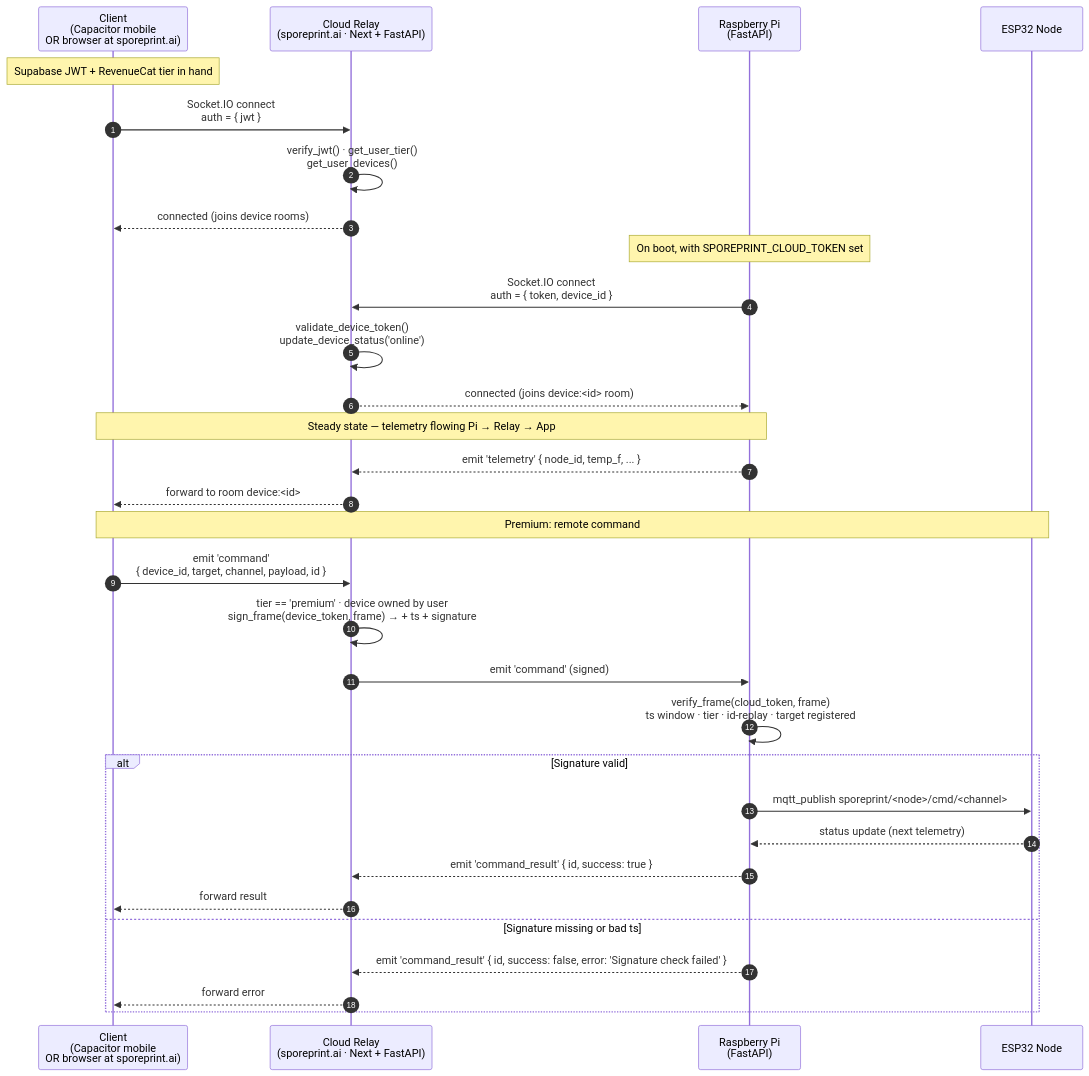
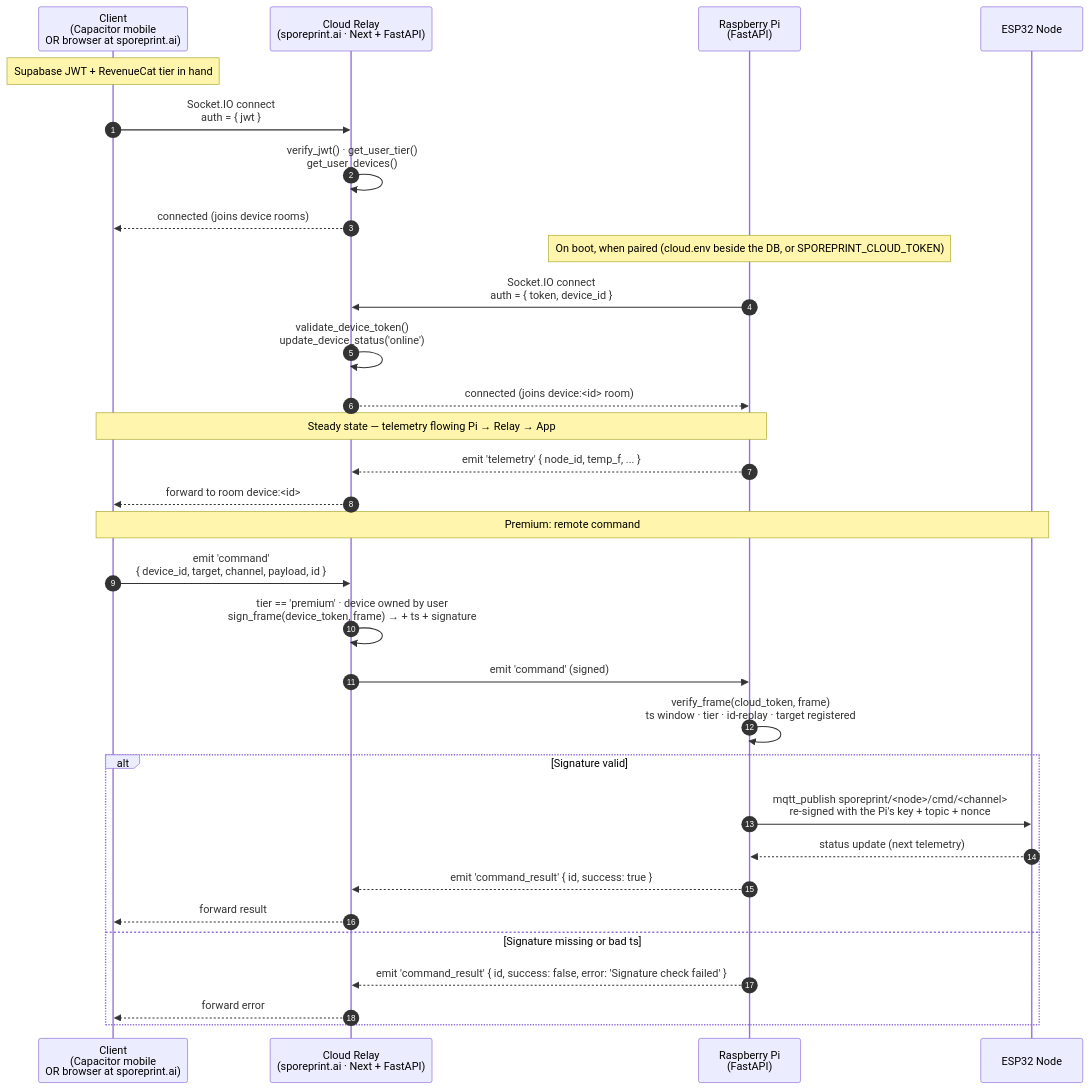
The diagram in docs/cloud-relay-flow.md (59psi/SporePrint), drawn with Mermaid before and after one commit. The commit also changed other lines of this file and 116 other files, not shown here.

````diff
--- a/docs/cloud-relay-flow.md
+++ b/docs/cloud-relay-flow.md
@@ -9,38 +9,38 @@
 ```mermaid
 sequenceDiagram
     autonumber
     participant App as Client<br/>(Capacitor mobile<br/>OR browser at sporeprint.ai)
     participant Relay as Cloud Relay<br/>(sporeprint.ai · Next + FastAPI)
     participant Pi as Raspberry Pi<br/>(FastAPI)
     participant ESP as ESP32 Node
 
     Note over App: Supabase JWT + RevenueCat tier in hand
     App->>Relay: Socket.IO connect<br/>auth = { jwt }
     Relay->>Relay: verify_jwt() · get_user_tier()<br/>get_user_devices()
     Relay-->>App: connected (joins device rooms)
 
-    Note over Pi: On boot, with SPOREPRINT_CLOUD_TOKEN set
+    Note over Pi: On boot, when paired (cloud.env beside the DB, or SPOREPRINT_CLOUD_TOKEN)
     Pi->>Relay: Socket.IO connect<br/>auth = { token, device_id }
     Relay->>Relay: validate_device_token()<br/>update_device_status('online')
     Relay-->>Pi: connected (joins device:<id> room)
 
     Note over App,Pi: Steady state — telemetry flowing Pi → Relay → App
     Pi-->>Relay: emit 'telemetry' { node_id, temp_f, ... }
     Relay-->>App: forward to room device:<id>
 
     Note over App,ESP: Premium: remote command
     App->>Relay: emit 'command'<br/>{ device_id, target, channel, payload, id }
     Relay->>Relay: tier == 'premium' · device owned by user<br/>sign_frame(device_token, frame) → + ts + signature
     Relay->>Pi: emit 'command' (signed)
 
     Pi->>Pi: verify_frame(cloud_token, frame)<br/>ts window · tier · id-replay · target registered
     alt Signature valid
-        Pi->>ESP: mqtt_publish sporeprint/<node>/cmd/<channel>
+        Pi->>ESP: mqtt_publish sporeprint/<node>/cmd/<channel><br/>re-signed with the Pi's key + topic + nonce
         ESP-->>Pi: status update (next telemetry)
         Pi-->>Relay: emit 'command_result' { id, success: true }
         Relay-->>App: forward result
     else Signature missing or bad ts
         Pi-->>Relay: emit 'command_result' { id, success: false, error: 'Signature check failed' }
         Relay-->>App: forward error
     end
 ```
````
